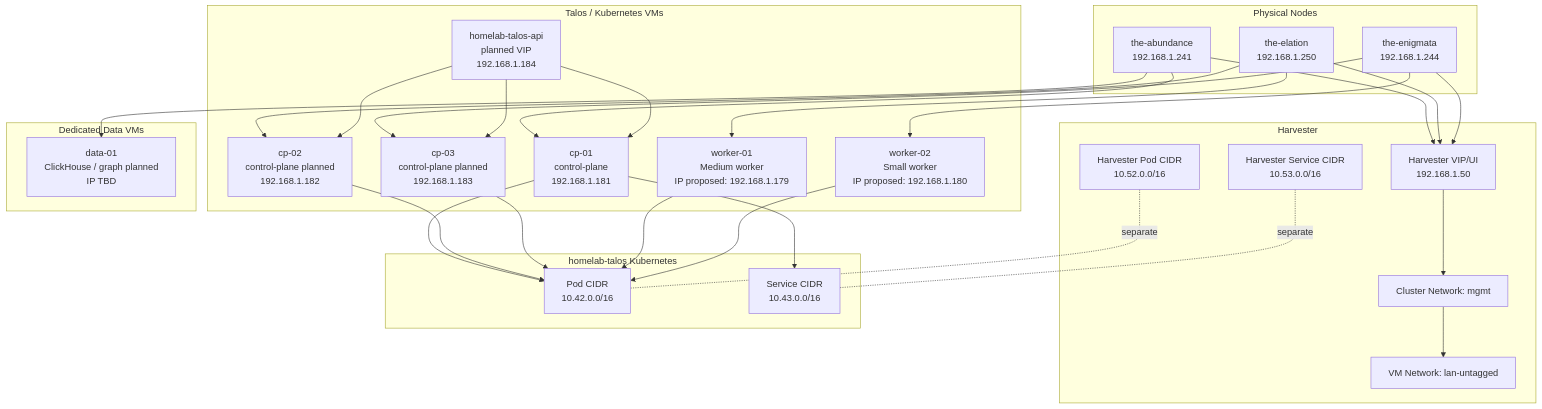
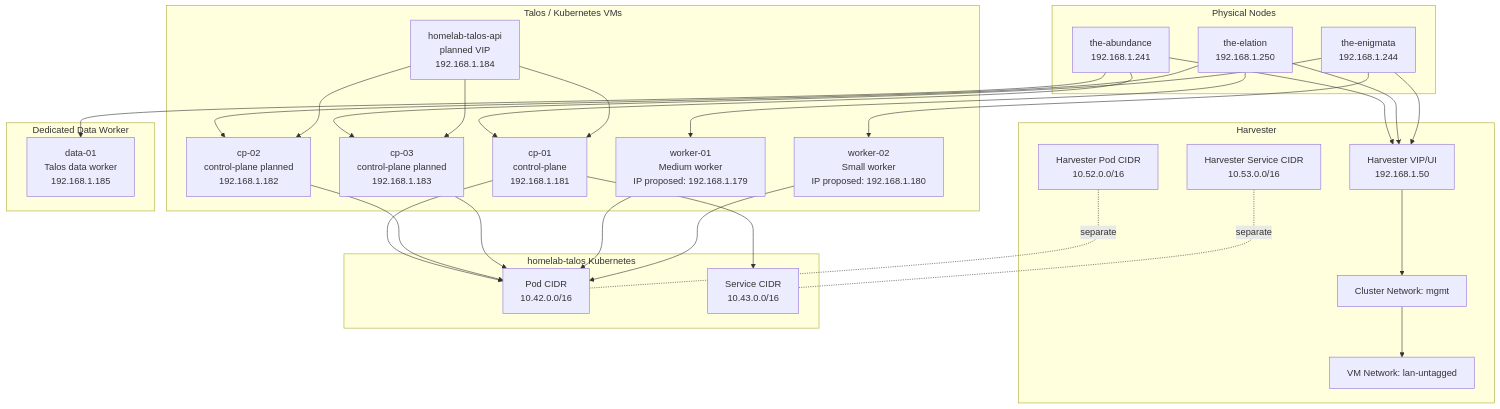
Before and after one commit to yanglianglu/homelab-platform: the second of 2 diagrams in docs/network-map.md, drawn with Mermaid. The commit also changed 43 other files, not shown here.

Commit message:
Add gated Talos HA and data worker desired state

````diff
--- a/docs/network-map.md
+++ b/docs/network-map.md
@@ -31,57 +31,57 @@
 ```mermaid
 flowchart TB
   subgraph physical["Physical Nodes"]
     abundance["the-abundance<br/>192.168.1.241"]
     elation["the-elation<br/>192.168.1.250"]
     enigmata["the-enigmata<br/>192.168.1.244"]
   end
 
   subgraph harvester["Harvester"]
     vip["Harvester VIP/UI<br/>192.168.1.50"]
     mgmt["Cluster Network: mgmt"]
     vmnet["VM Network: lan-untagged"]
     hpods["Harvester Pod CIDR<br/>10.52.0.0/16"]
     hsvcs["Harvester Service CIDR<br/>10.53.0.0/16"]
   end
 
   subgraph talos["Talos / Kubernetes VMs"]
     api["homelab-talos-api<br/>planned VIP<br/>192.168.1.184"]
     cp["cp-01<br/>control-plane<br/>192.168.1.181"]
     cp2["cp-02<br/>control-plane planned<br/>192.168.1.182"]
     cp3["cp-03<br/>control-plane planned<br/>192.168.1.183"]
     w1["worker-01<br/>Medium worker<br/>IP proposed: 192.168.1.179"]
     w2["worker-02<br/>Small worker<br/>IP proposed: 192.168.1.180"]
   end
 
-  subgraph data["Dedicated Data VMs"]
-    data01["data-01<br/>ClickHouse / graph planned<br/>IP TBD"]
+  subgraph data["Dedicated Data Worker"]
+    data01["data-01<br/>Talos data worker<br/>192.168.1.185"]
   end
 
   subgraph k8s["homelab-talos Kubernetes"]
     pods["Pod CIDR<br/>10.42.0.0/16"]
     svcs["Service CIDR<br/>10.43.0.0/16"]
   end
 
   abundance --> vip
   elation --> vip
   enigmata --> vip
   vip --> mgmt
   mgmt --> vmnet
   abundance --> cp
   elation --> cp2
   enigmata --> cp3
   elation --> w1
   enigmata --> w2
   abundance --> data01
   api --> cp
   api --> cp2
   api --> cp3
   cp --> pods
   cp2 --> pods
   cp3 --> pods
   cp --> svcs
   w1 --> pods
   w2 --> pods
   hpods -. separate .- pods
   hsvcs -. separate .- svcs
 ```
````
